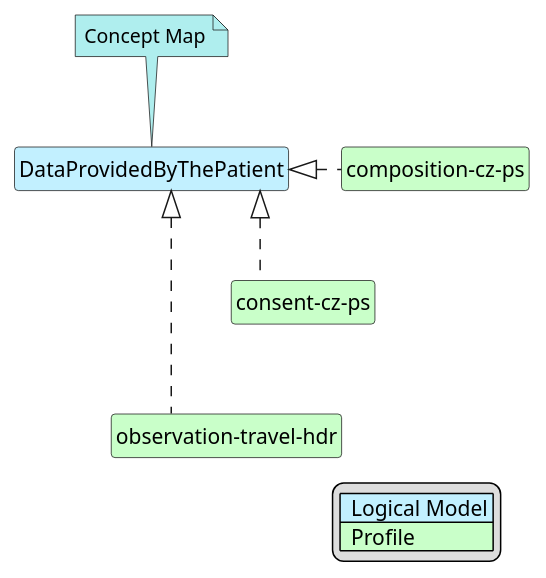
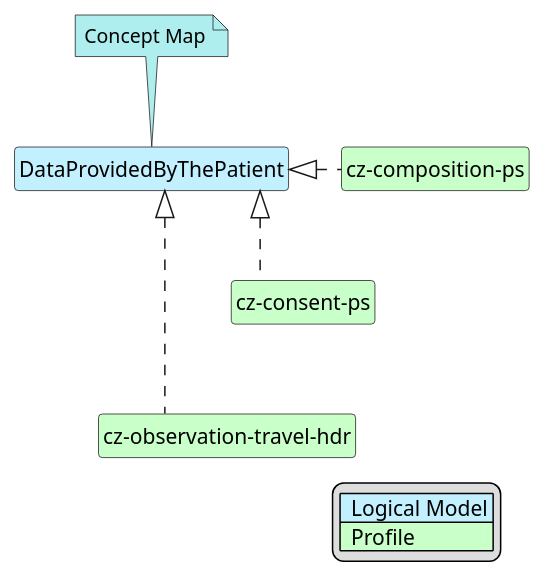
One commit to HL7-cz/ps changed the diagram in input/images-source/PS_PatientProvidedData-map.plantuml. Above: the diagram before and after it, drawn with PlantUML.

Commit message:
update maps patientProvidedData

```diff
--- a/input/images-source/PS_PatientProvidedData-map.plantuml
+++ b/input/images-source/PS_PatientProvidedData-map.plantuml
@@ -1,37 +1,37 @@
 @startuml PS_PatientProvidedData-map
 hide circle
 hide stereotype
 hide members
 hide methods
 skinparam linetype ortho
 skinparam class {
 BackgroundColor<<LogicalModel>> #APPLICATION
 BackgroundColor<<Profile>> #TECHNOLOGY
 }
 legend right
 | <#APPLICATION>  Logical Model |
 | <#TECHNOLOGY>  Profile |
 endlegend
 
 ' ---------- LOGICAL MODEL ----------
-class "DataProvidedByThePatient" <<LogicalModel>> [[StructureDefinition-DataProvidedByThePatient.html]]
+class "DataProvidedByThePatient" <<LogicalModel>> [[StructureDefinition-LogPatientProvidedDataCzEn.html]]
 
-note top #PaleTurquoise [[ConceptMap-ps2FHIR-cz-ps.html]]
+note top #PaleTurquoise [[ConceptMap-patientProvidedData2FHIR-cz-ps.html]]
 Concept Map
 endnote
 
 ' ---------- PROFILES ----------
-class "composition-cz-ps" <<Profile>> [[StructureDefinition-cz-composition-ps.html]]
-class "consent-cz-ps" <<Profile>> [[StructureDefinition-cz-consent-ps.html]]
-class "observation-travel-hdr" <<Profile>> [[StructureDefinition-cz-observation-travel-hdr.html]]
+class "cz-composition-ps" <<Profile>> [[StructureDefinition-cz-composition-ps.html]]
+class "cz-consent-ps" <<Profile>> [[StructureDefinition-cz-consent-ps.html]]
+class "cz-observation-travel-hdr" <<Profile>> [[StructureDefinition-cz-cz-observation-travel-hdr.html]]
 
 ' ---------- RELATIONS ----------
-"DataProvidedByThePatient" <|. "composition-cz-ps"
-"DataProvidedByThePatient" <|. "consent-cz-ps"
-"DataProvidedByThePatient" <|. "observation-travel-hdr"
+"DataProvidedByThePatient" <|. "cz-composition-ps"
+"DataProvidedByThePatient" <|. "cz-consent-ps"
+"DataProvidedByThePatient" <|. "cz-observation-travel-hdr"
 
 ' optional invisible link to keep layout neat
-"composition-cz-ps" -[hidden]-> "consent-cz-ps"
-"consent-cz-ps" -[hidden]-> "observation-travel-hdr"
+"cz-composition-ps" -[hidden]-> "cz-consent-ps"
+"cz-consent-ps" -[hidden]-> "cz-observation-travel-hdr"
 
 @enduml
```
